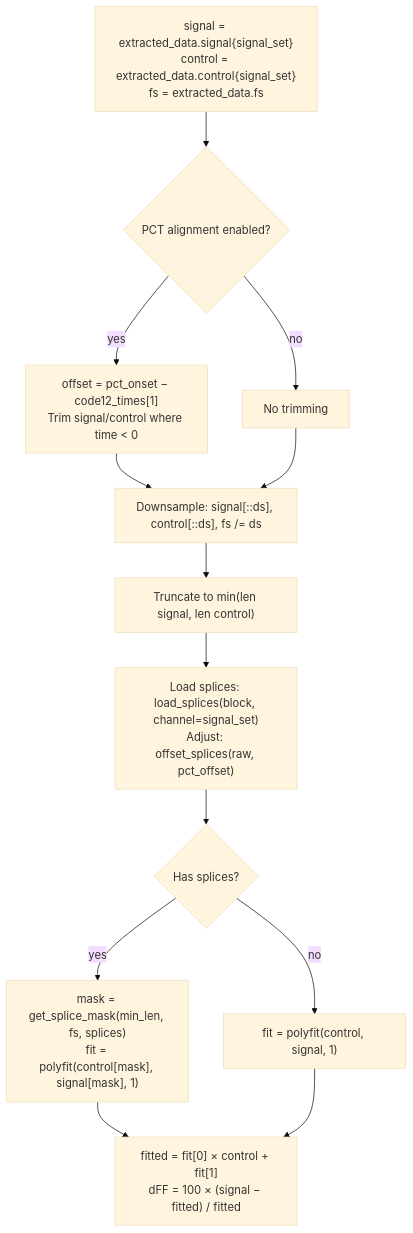
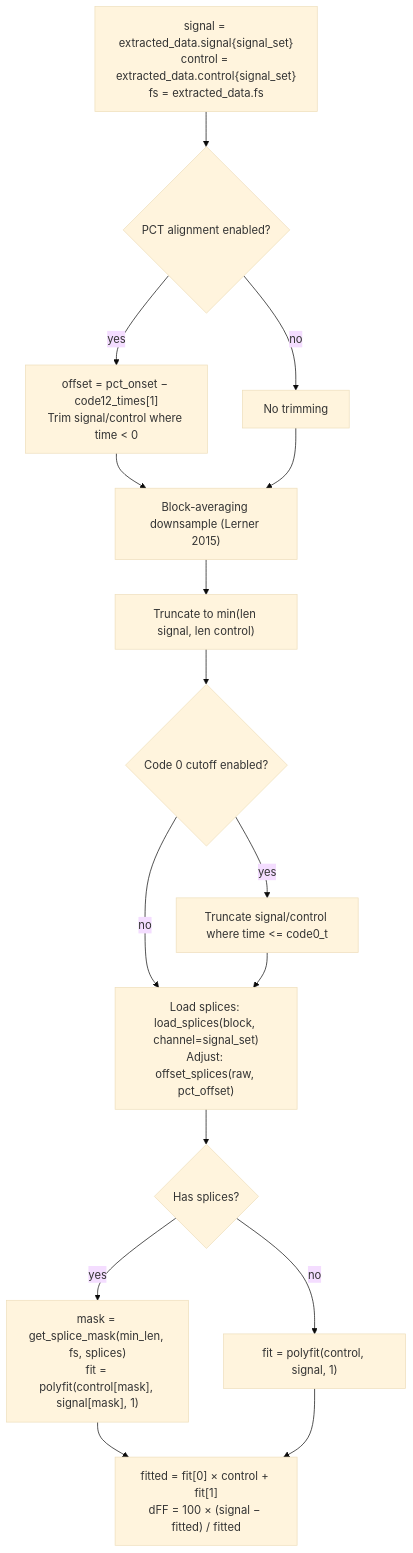
One commit to ParekhLabUTD/fiberGrapher changed the fifth of 14 diagrams in data_processing audit.md. Above: the diagram before and after it, drawn with Mermaid (base theme). The commit also changed other lines of this file and 4 other files, not shown here.

Commit message:
udpated downsampling method to make consistent across tabs, added ability to cut off signal and contrl at code 0, added abitlity to pick epoch cutoff per session for tab 4, Added ability to extract individual npy for df/f and zscored df/f

````diff
--- a/data_processing audit.md
+++ b/data_processing audit.md
@@ -103,16 +133,19 @@
 ```mermaid
 graph TD
     A["signal = extracted_data.signal{signal_set}<br/>control = extracted_data.control{signal_set}<br/>fs = extracted_data.fs"]
     A --> B{"PCT alignment enabled?"}
     B -->|yes| C["offset = pct_onset − code12_times[1]<br/>Trim signal/control where time < 0"]
     B -->|no| C2["No trimming"]
-    C --> D["Downsample: signal[::ds], control[::ds], fs /= ds"]
+    C --> D["Block-averaging downsample (Lerner 2015)"]
     C2 --> D
     D --> E["Truncate to min(len signal, len control)"]
-    E --> F["Load splices: load_splices(block, channel=signal_set)<br/>Adjust: offset_splices(raw, pct_offset)"]
+    E --> E2{"Code 0 cutoff enabled?"}
+    E2 -->|yes| E3["Truncate signal/control where time <= code0_t"]
+    E2 -->|no| F
+    E3 --> F["Load splices: load_splices(block, channel=signal_set)<br/>Adjust: offset_splices(raw, pct_offset)"]
     F --> G{"Has splices?"}
     G -->|yes| H["mask = get_splice_mask(min_len, fs, splices)<br/>fit = polyfit(control[mask], signal[mask], 1)"]
     G -->|no| I["fit = polyfit(control, signal, 1)"]
     H --> J["fitted = fit[0] × control + fit[1]<br/>dFF = 100 × (signal − fitted) / fitted"]
     I --> J
 ```
````
